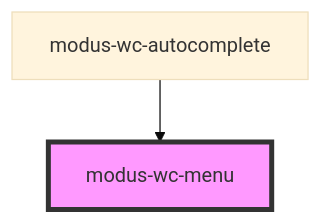
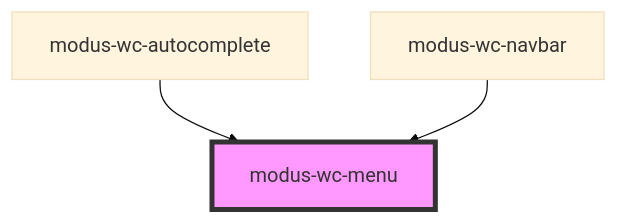
One commit to trimble-oss/modus-wc-2.0 changed the diagram in src/components/modus-wc-menu/readme.md. Above: the diagram before and after it, drawn with Mermaid (base theme). The commit also changed other lines of this file and 11 other files, not shown here.

````diff
--- a/src/components/modus-wc-menu/readme.md
+++ b/src/components/modus-wc-menu/readme.md
@@ -33,5 +34,6 @@
 ```mermaid
 graph TD;
   modus-wc-autocomplete --> modus-wc-menu
+  modus-wc-navbar --> modus-wc-menu
   style modus-wc-menu fill:#f9f,stroke:#333,stroke-width:4px
 ```
````
